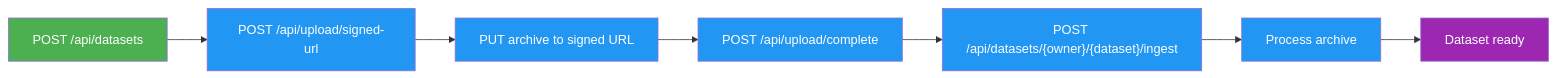
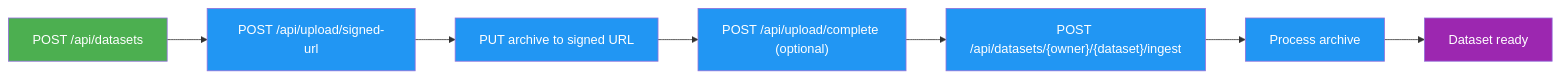
Before and after one commit to Rehman-AD/cv-yolov8-core: the second of 4 diagrams in docs/en/platform/api/index.md, drawn with Mermaid. The commit also changed other lines of this file and 24 other files, not shown here.

````diff
--- a/docs/en/platform/api/index.md
+++ b/docs/en/platform/api/index.md
@@ -982,13 +984,13 @@
 ```mermaid
 graph LR
     A[POST /api/datasets]:::start --> B[POST /api/upload/signed-url]:::proc
     B --> C[PUT archive to signed URL]:::proc
-    C --> D[POST /api/upload/complete]:::proc
+    C --> D["POST /api/upload/complete (optional)"]:::proc
     D --> E["POST /api/datasets/{owner}/{dataset}/ingest"]:::proc
     E --> F[Process archive]:::proc
     F --> G[Dataset ready]:::out
 
     classDef start fill:#4CAF50,color:#fff
     classDef proc fill:#2196F3,color:#fff
     classDef out fill:#9C27B0,color:#fff
 ```
````
